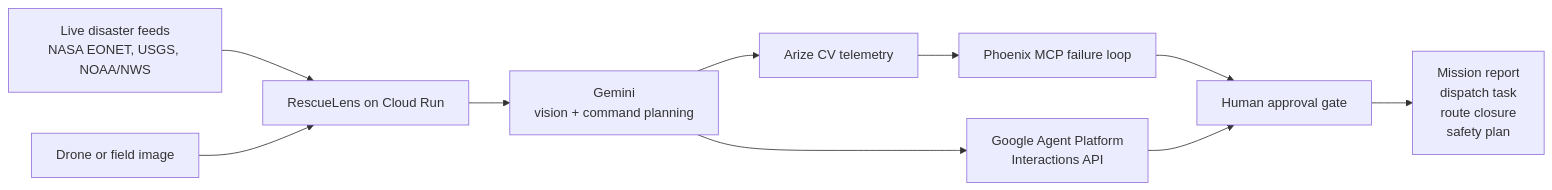
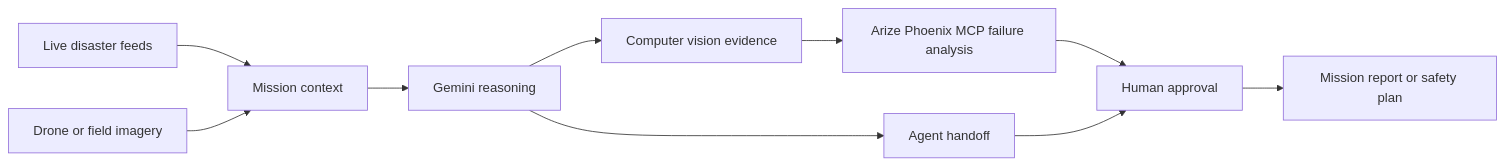
One commit to mongonsh/RescueLens changed the first of 2 diagrams in README.md. Above: the diagram before and after it, drawn with Mermaid. The commit also changed other lines of this file and 13 other files, not shown here.

````diff
--- a/README.md
+++ b/README.md
@@ -81,12 +47,12 @@
 ```mermaid
 flowchart LR
-  A[Live disaster feeds<br/>NASA EONET, USGS, NOAA/NWS] --> B[RescueLens on Cloud Run]
-  U[Drone or field image] --> B
-  B --> C[Gemini<br/>vision + command planning]
-  C --> D[Arize CV telemetry]
-  D --> E[Phoenix MCP failure loop]
-  C --> F[Google Agent Platform<br/>Interactions API]
-  E --> G[Human approval gate]
-  F --> G
-  G --> H[Mission report<br/>dispatch task<br/>route closure<br/>safety plan]
+  A[Live disaster feeds] --> B[Mission context]
+  C[Drone or field imagery] --> B
+  B --> D[Gemini reasoning]
+  D --> E[Computer vision evidence]
+  E --> F[Arize Phoenix MCP failure analysis]
+  D --> G[Agent handoff]
+  F --> H[Human approval]
+  G --> H
+  H --> I[Mission report or safety plan]
 ```
````
